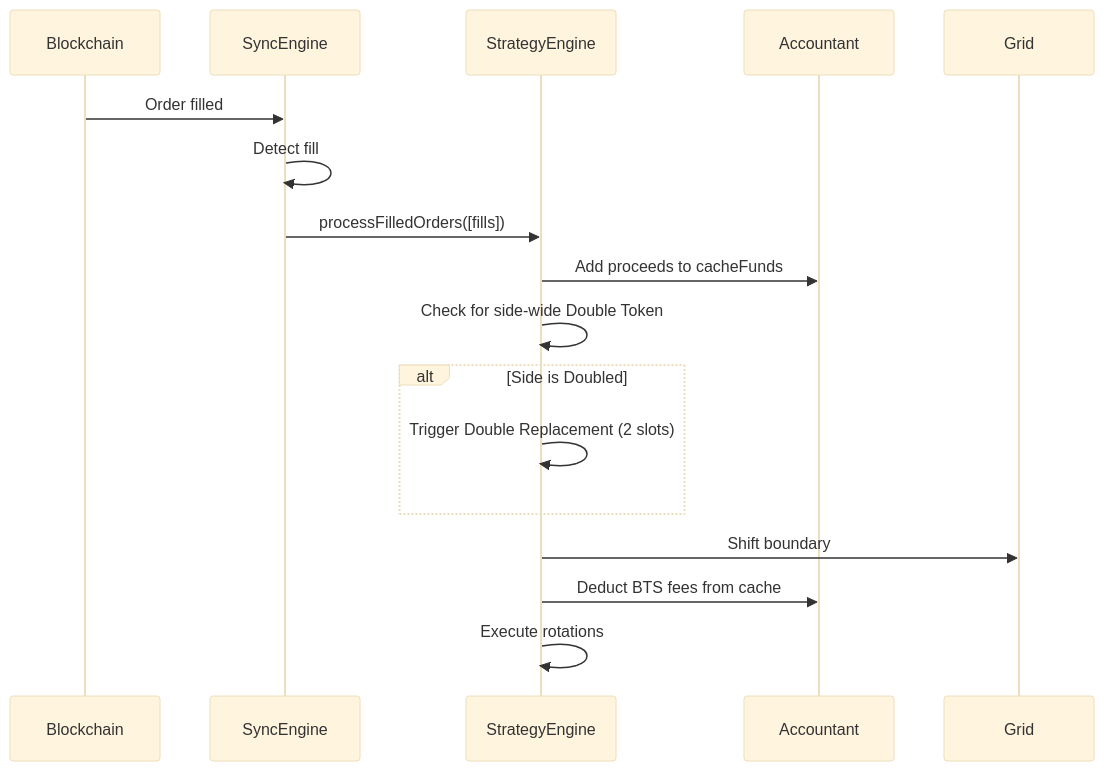
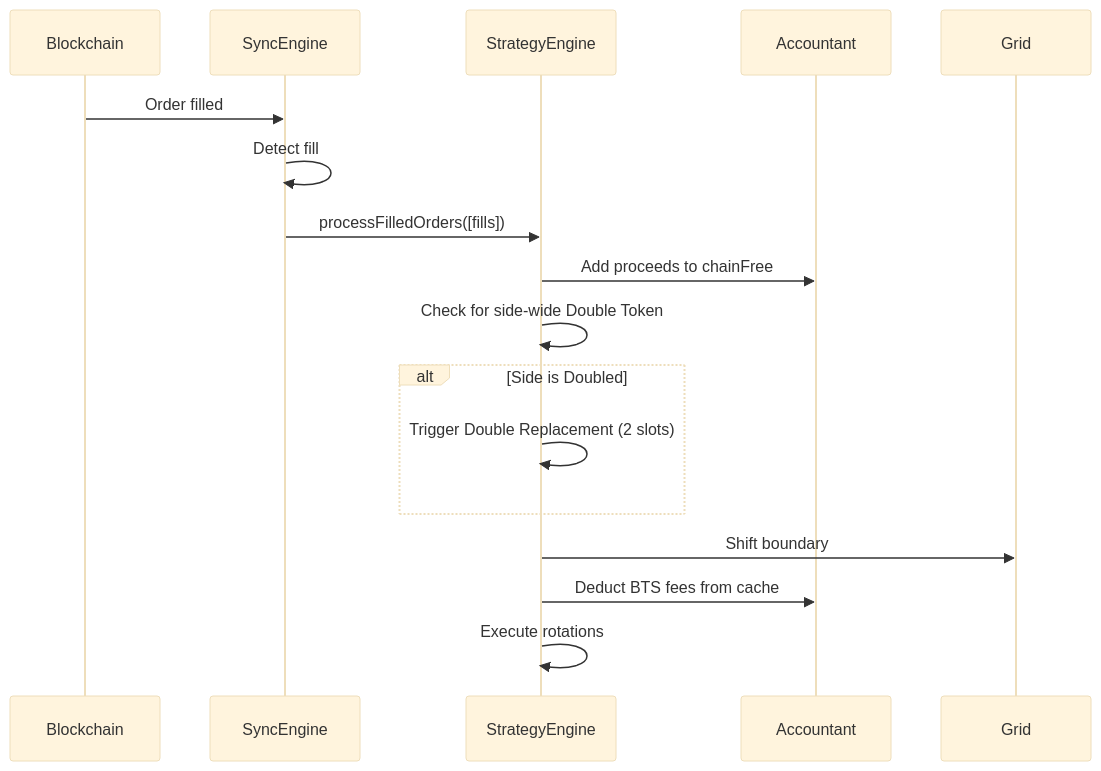
The eighth of 13 diagrams in docs/architecture.md (abitmore/DEXBot2), drawn with Mermaid (base theme) before and after one commit. The commit also changed other lines of this file and 39 other files, not shown here.

First line of the commit message:
refactor: remove cacheFunds tracking and clean up documentation

````diff
--- a/docs/architecture.md
+++ b/docs/architecture.md
@@ -883,22 +881,22 @@
 ```mermaid
 sequenceDiagram
     participant Chain as Blockchain
     participant Sync as SyncEngine
     participant Strat as StrategyEngine
     participant Acct as Accountant
     participant Grid as Grid
 
     Chain->>Sync: Order filled
     Sync->>Sync: Detect fill
     Sync->>Strat: processFilledOrders([fills])
     
-    Strat->>Acct: Add proceeds to cacheFunds
+    Strat->>Acct: Add proceeds to chainFree
         Strat->>Strat: Check for side-wide Double Token
         alt Side is Doubled
             Strat->>Strat: Trigger Double Replacement (2 slots)
         end
     
     Strat->>Grid: Shift boundary
     Strat->>Acct: Deduct BTS fees from cache
     Strat->>Strat: Execute rotations
 ```
````
